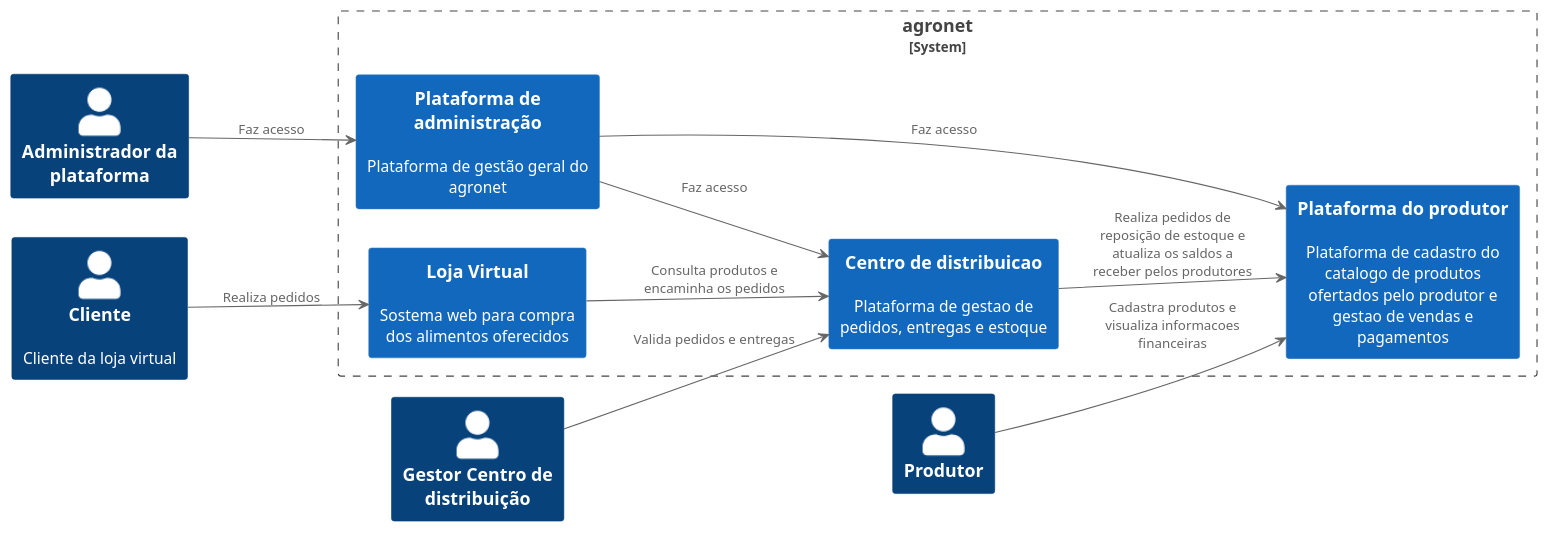
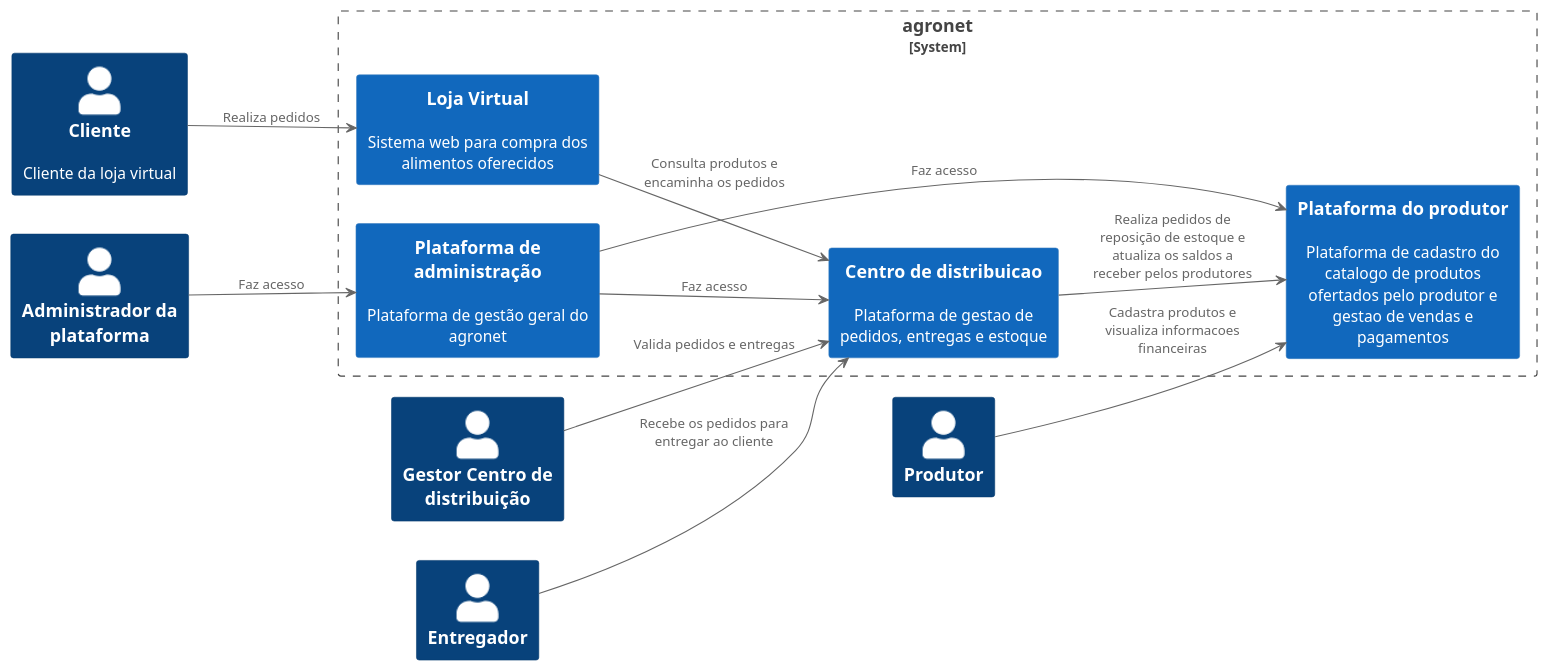
Before and after one commit to pmonteironobrega/agronet: the diagram in diagram_container_sistema.puml, drawn with PlantUML. The commit also changed 7 other files, not shown here.

```diff
--- a/diagram_container_sistema.puml
+++ b/diagram_container_sistema.puml
@@ -1,26 +1,27 @@
 @startuml
 !include https://raw.githubusercontent.com/plantuml-stdlib/C4-PlantUML/master/C4_Container.puml
 HIDE_STEREOTYPE()
 LAYOUT_LEFT_RIGHT()
 Person(cliente, "Cliente", "Cliente da loja virtual")
 Person(prd, "Produtor")
 Person(gestor1, "Gestor Centro de distribuição")
 Person(admin, "Administrador da plataforma")
+Person(entregador, "Entregador")
 
 
 System_Boundary(c9, "agronet") {
-    System(loja, "Loja Virtual", "Sostema web para compra dos alimentos oferecidos")
+    System(loja, "Loja Virtual", "Sistema web para compra dos alimentos oferecidos")
     System(cd, "Centro de distribuicao", "Plataforma de gestao de pedidos, entregas e estoque")
     System(pp, "Plataforma do produtor", "Plataforma de cadastro do catalogo de produtos ofertados pelo produtor e gestao de vendas e pagamentos")
     System(pa, "Plataforma de administração", "Plataforma de gestão geral do agronet")
 }
 cliente --> loja: "Realiza pedidos"
 loja --> cd: "Consulta produtos e encaminha os pedidos"
 cd --> pp: "Realiza pedidos de reposição de estoque e atualiza os saldos a receber pelos produtores"
 pa --> cd: "Faz acesso"
 pa --> pp: "Faz acesso"
 prd --> pp: "Cadastra produtos e visualiza informacoes financeiras"
 gestor1 --> cd: "Valida pedidos e entregas"
 admin --> pa: "Faz acesso"
-
+entregador --> cd: "Recebe os pedidos para entregar ao cliente"
 @enduml
```
